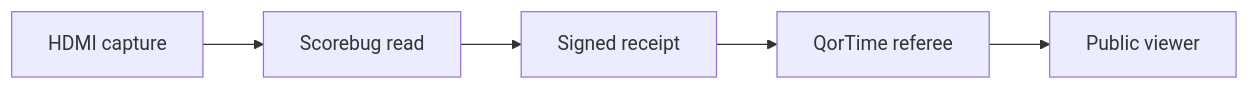
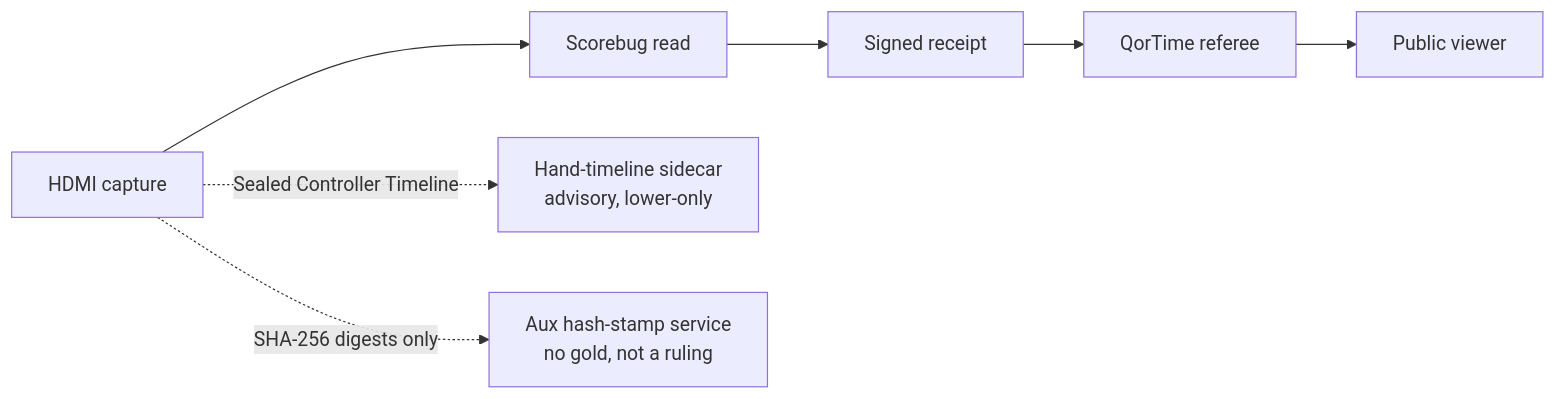
One commit to ConWan30/qortime changed the diagram in README.md. Above: the diagram before and after it, drawn with Mermaid. The commit also changed other lines of this file and 1 other file, not shown here.

Commit message:
docs: document hash-stamp service and sync README with main (#141-#147) (#148)

````diff
--- a/README.md
+++ b/README.md
@@ -64,7 +64,9 @@
 ```mermaid
 flowchart LR
   A[HDMI capture] --> B[Scorebug read]
   B --> C[Signed receipt]
   C --> D[QorTime referee]
   D --> E[Public viewer]
+  A -.->|Sealed Controller Timeline| H[Hand-timeline sidecar<br/>advisory, lower-only]
+  A -.->|SHA-256 digests only| S[Aux hash-stamp service<br/>no gold, not a ruling]
 ```
````
